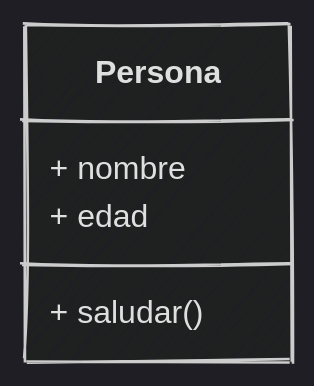
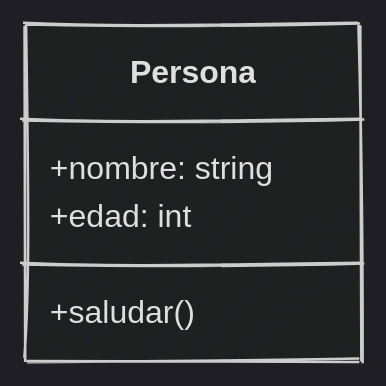
The first of 18 diagrams in content/sesion08/Readme.md (python-la-paz/python-study-group-oop), drawn with Mermaid before and after one commit. The commit also changed other lines of this file and 2 other files, not shown here.

````diff
--- a/content/sesion08/Readme.md
+++ b/content/sesion08/Readme.md
@@ -211,9 +207,9 @@
 ```mermaid
 %%{init: {"theme": "dark", "look": "handDrawn"  }}%%
 classDiagram
     class Persona {
-        + nombre
-        + edad
-        + saludar()
+        +nombre: string
+        +edad: int
+        +saludar()
     }
-```	
+```
````
